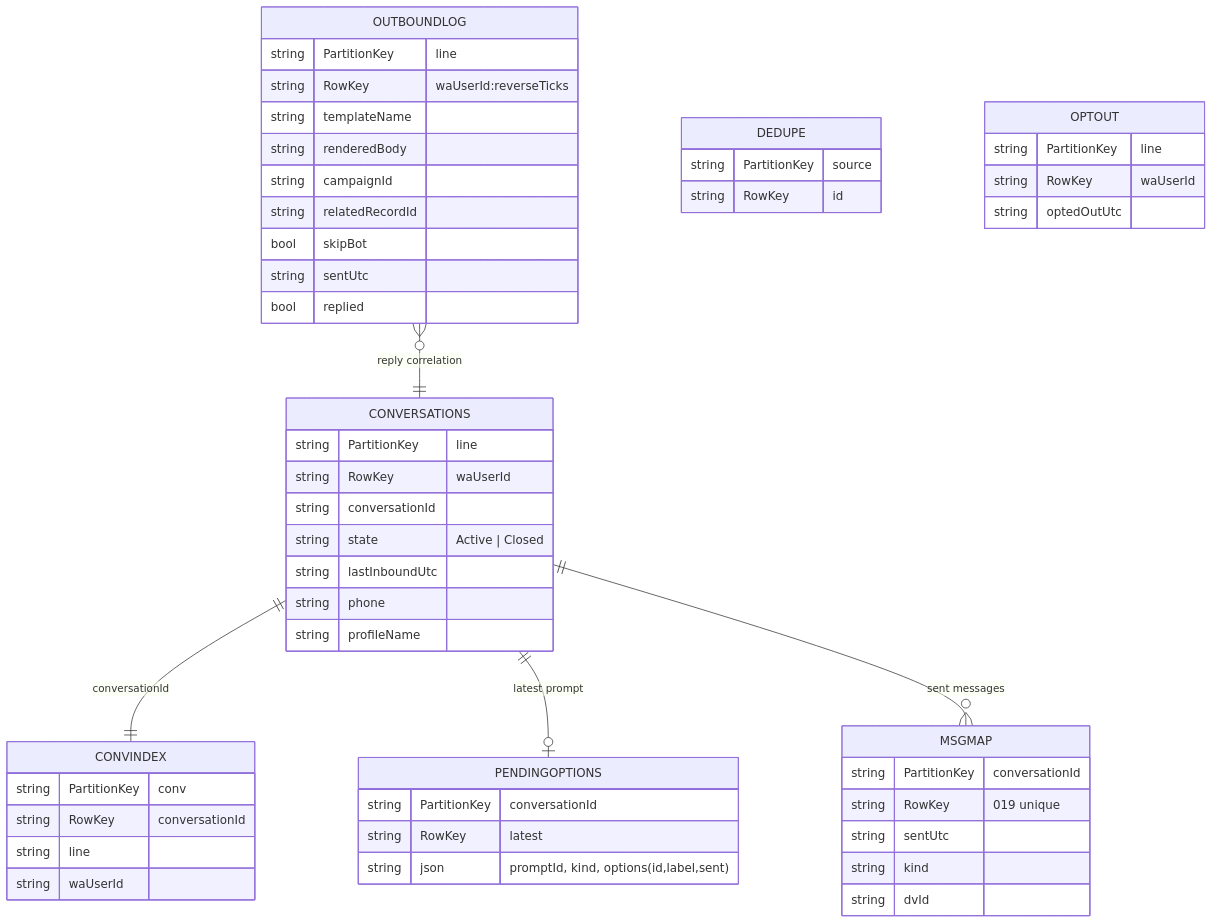
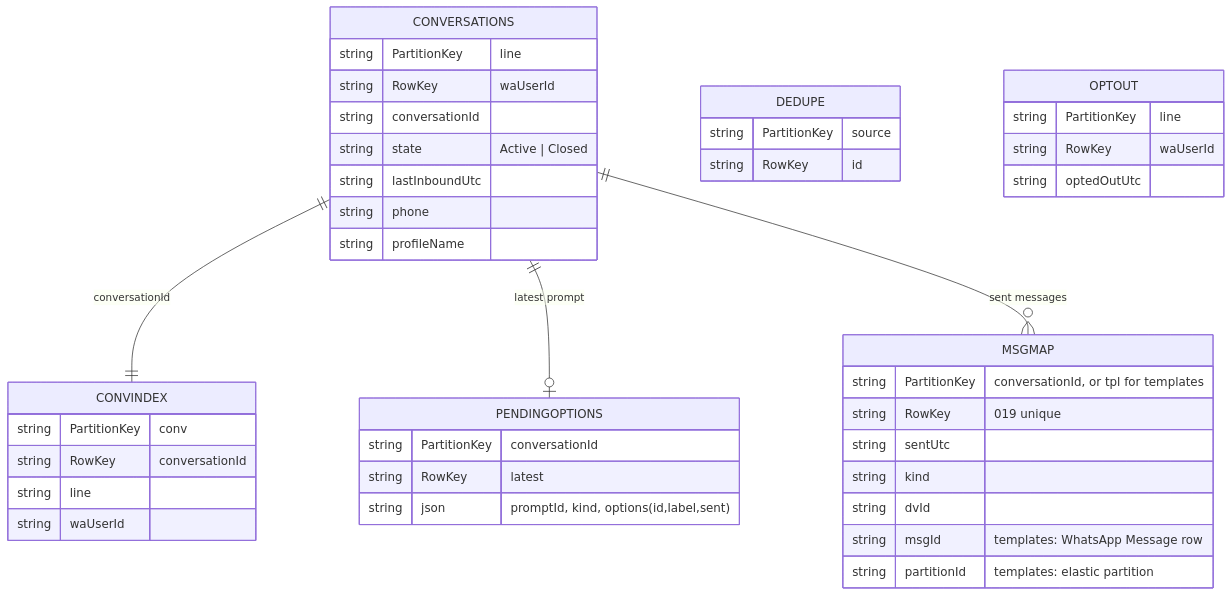
Before and after one commit to alexander-you/d365-contact-center-019-whatsapp-channel: the second of 2 diagrams in docs/data-model.md, drawn with Mermaid. The commit also changed other lines of this file and 38 other files, not shown here.

````diff
--- a/docs/data-model.md
+++ b/docs/data-model.md
@@ -144,55 +184,45 @@
 ```mermaid
 erDiagram
     CONVERSATIONS ||--|| CONVINDEX : "conversationId"
     CONVERSATIONS ||--o| PENDINGOPTIONS : "latest prompt"
     CONVERSATIONS ||--o{ MSGMAP : "sent messages"
-    OUTBOUNDLOG }o--|| CONVERSATIONS : "reply correlation"
 
     CONVERSATIONS {
         string PartitionKey "line"
         string RowKey "waUserId"
         string conversationId
         string state "Active | Closed"
         string lastInboundUtc
         string phone
         string profileName
     }
     CONVINDEX {
         string PartitionKey "conv"
         string RowKey "conversationId"
         string line
         string waUserId
     }
     PENDINGOPTIONS {
         string PartitionKey "conversationId"
         string RowKey "latest"
         string json "promptId, kind, options(id,label,sent)"
     }
     MSGMAP {
-        string PartitionKey "conversationId"
+        string PartitionKey "conversationId, or tpl for templates"
         string RowKey "019 unique"
         string sentUtc
         string kind
         string dvId
-    }
-    OUTBOUNDLOG {
-        string PartitionKey "line"
-        string RowKey "waUserId:reverseTicks"
-        string templateName
-        string renderedBody
-        string campaignId
-        string relatedRecordId
-        bool   skipBot
-        string sentUtc
-        bool   replied
+        string msgId "templates: WhatsApp Message row"
+        string partitionId "templates: elastic partition"
     }
     DEDUPE {
         string PartitionKey "source"
         string RowKey "id"
     }
     OPTOUT {
         string PartitionKey "line"
         string RowKey "waUserId"
         string optedOutUtc
     }
 ```
````
